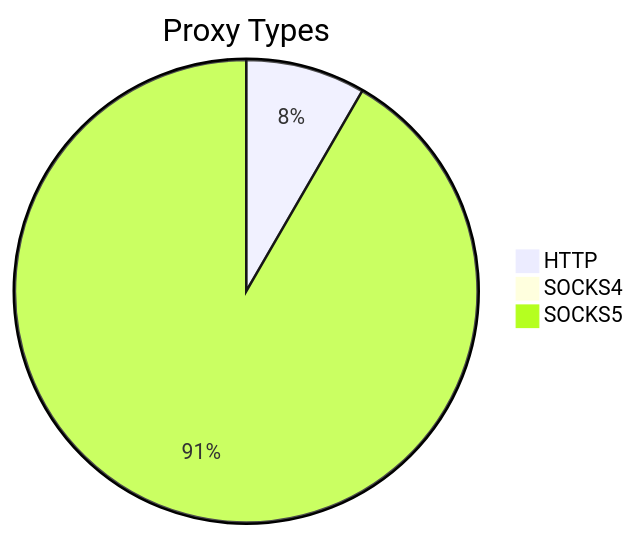
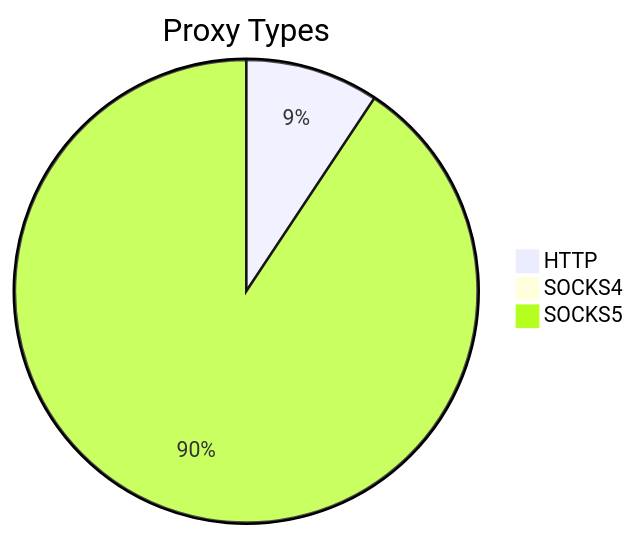
Before and after one commit to stormsia/proxy-list: the first of 2 diagrams in README.md, drawn with Mermaid. The commit also changed other lines of this file, not shown here.

````diff
--- a/README.md
+++ b/README.md
@@ -21,6 +21,6 @@
 ```mermaid
 pie title Proxy Types
-    "HTTP" : 126
-    "SOCKS4" : 12
-    "SOCKS5" : 1382
+    "HTTP" : 141
+    "SOCKS4" : 8
+    "SOCKS5" : 1371
 ```
````
